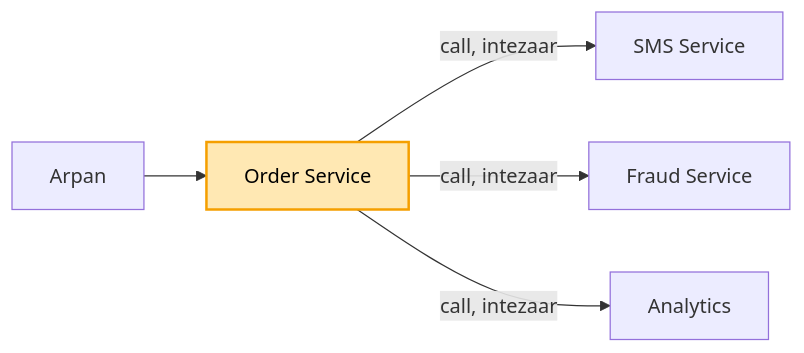
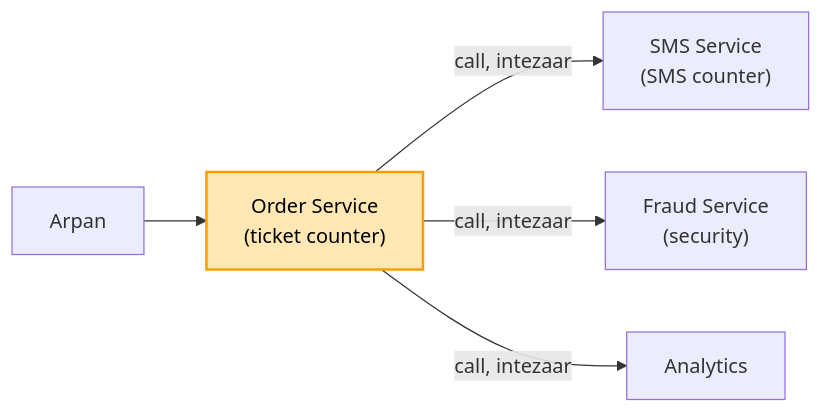
Before and after one commit to ArpanMaheshwari144/Prep: the first of 8 diagrams in 04_HLD/SYSTEM_DESIGNS/12_message_queue_kafka/12_message_queue_kafka.md, drawn with Mermaid. The commit also changed other lines of this file and 1 other file, not shown here.

Commit message:
HLD kafka main file: har kadam pe ek Stadium line + diagram me technical naam ke saath bracket me stadium naam; notes block 6 checker (bookmark consumer likhta)

````diff
--- a/04_HLD/SYSTEM_DESIGNS/12_message_queue_kafka/12_message_queue_kafka.md
+++ b/04_HLD/SYSTEM_DESIGNS/12_message_queue_kafka/12_message_queue_kafka.md
@@ -51,8 +53,8 @@
 ```mermaid
 flowchart LR
-    U["Arpan"] --> O["Order Service"]
-    O -- "call, intezaar" --> S["SMS Service"]
-    O -- "call, intezaar" --> F["Fraud Service"]
+    U["Arpan"] --> O["Order Service<br/>(ticket counter)"]
+    O -- "call, intezaar" --> S["SMS Service<br/>(SMS counter)"]
+    O -- "call, intezaar" --> F["Fraud Service<br/>(security)"]
     O -- "call, intezaar" --> A["Analytics"]
     style O fill:#ffe8b3,stroke:#f59f00,stroke-width:2px,color:#000
 ```
````
